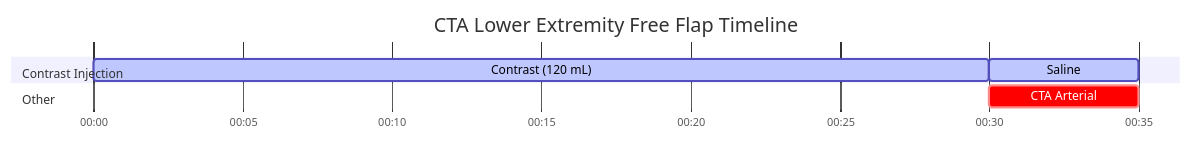
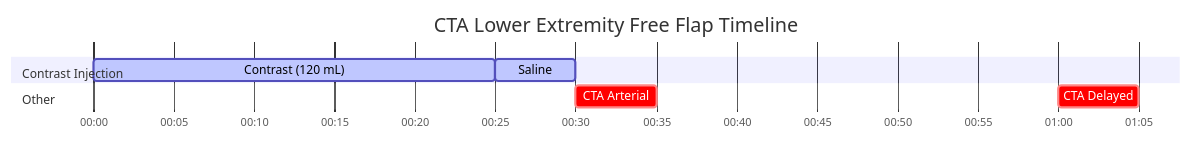
Before and after one commit to dfergs93/radiology-protocols: the diagram in docs/ct/vascular/cta-lower-extremity-free-flap.md, drawn with Mermaid. The commit also changed other lines of this file and 26 other files, not shown here.

````diff
--- a/docs/ct/vascular/cta-lower-extremity-free-flap.md
+++ b/docs/ct/vascular/cta-lower-extremity-free-flap.md
@@ -82,18 +84,19 @@
   ```mermaid
   ---
   displayMode: compact
   config:
     theme: default
     themeCSS: " #Saline{ fill: #4ed5ff; stroke: #2094f3; } "
   ---
     gantt
       title CTA Lower Extremity Free Flap Timeline
       dateFormat mm:ss
       axisFormat %M:%S 
       
       section Contrast Injection
-      Contrast (120 mL)    :active, contrast, 00:00, 30s
+      Contrast (120 mL)    :active, contrast, 00:00, 25s
       Saline          :active, saline, after contrast, 5s
       section Other
-      CTA Arterial    :crit, scan1, after contrast, 5s
+      CTA Arterial    :crit, scan1, after saline, 5s
+      CTA Delayed    :crit, scan2, 01:00, 5s
   ```
````
